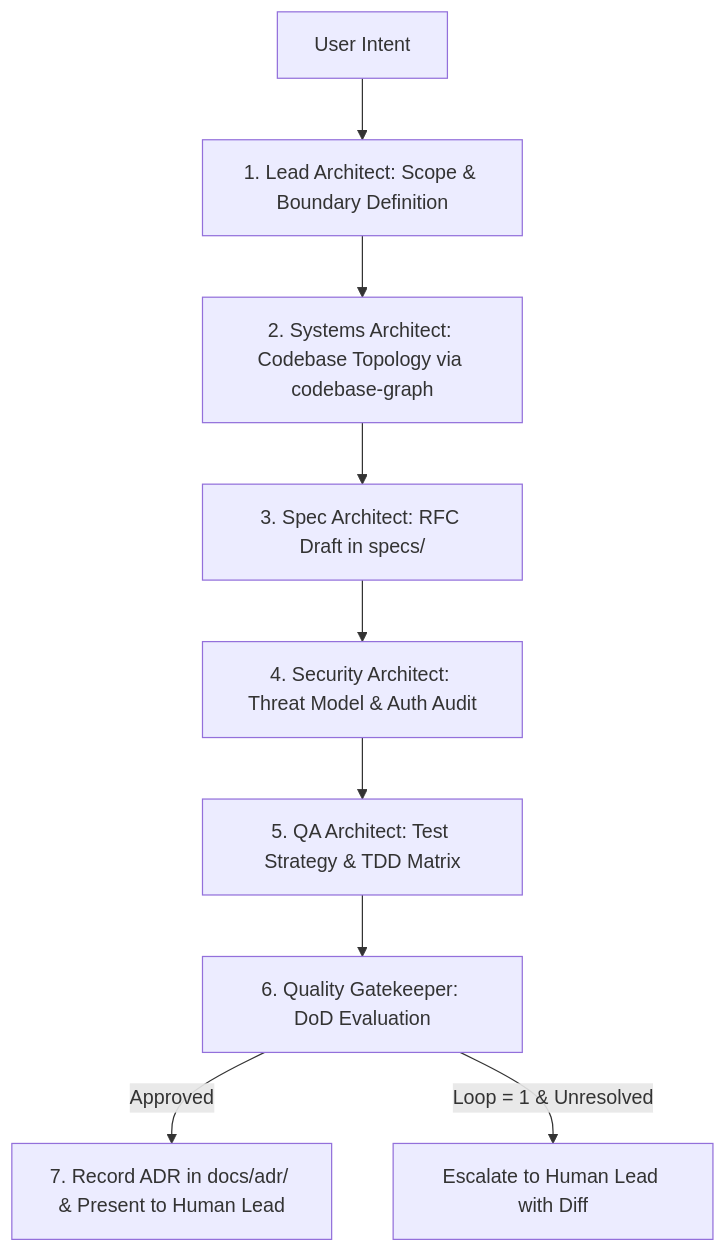
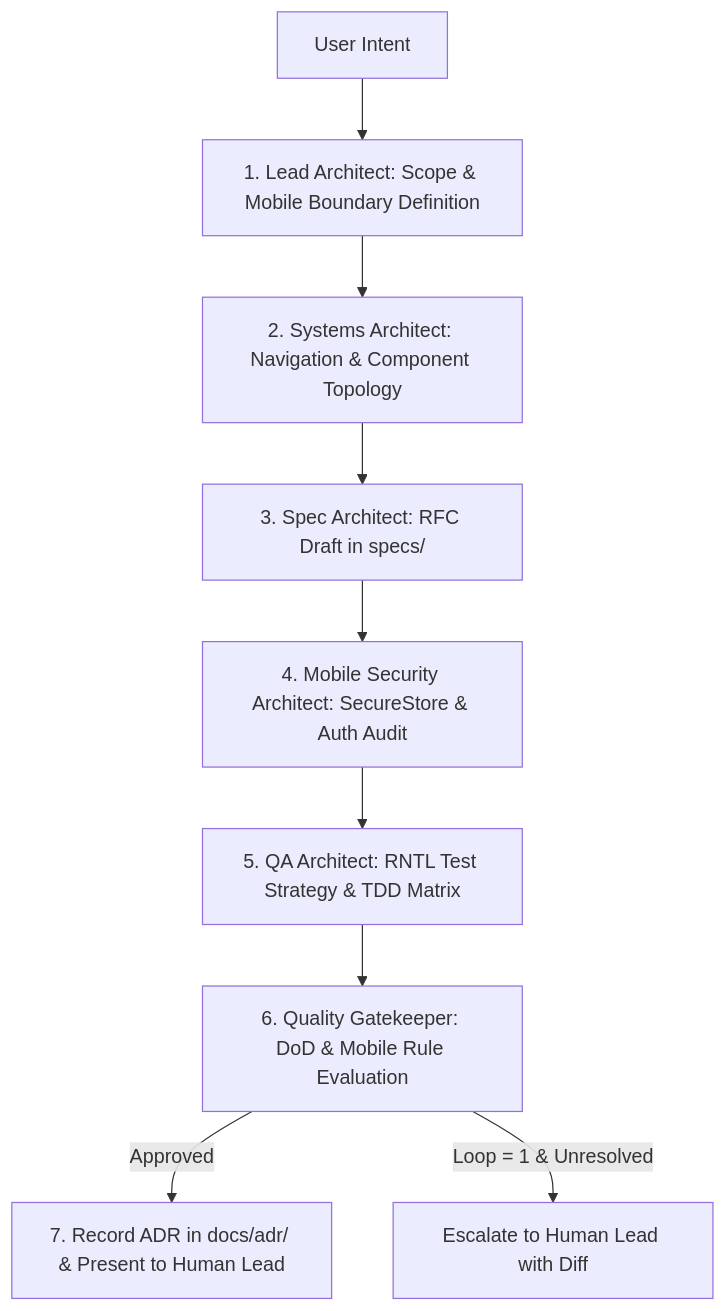
The diagram in .agents/skills/architecture-team/SKILL.md (malejandro80/hubik-mobile), drawn with Mermaid before and after one commit. The commit also changed other lines of this file and 29 other files, not shown here.

````diff
--- a/.agents/skills/architecture-team/SKILL.md
+++ b/.agents/skills/architecture-team/SKILL.md
@@ -27,11 +27,11 @@
 ```mermaid
 flowchart TD
-    Start[User Intent] --> Lead[1. Lead Architect: Scope & Boundary Definition]
-    Lead --> Topo[2. Systems Architect: Codebase Topology via codebase-graph]
+    Start[User Intent] --> Lead[1. Lead Architect: Scope & Mobile Boundary Definition]
+    Lead --> Topo[2. Systems Architect: Navigation & Component Topology]
     Topo --> Spec[3. Spec Architect: RFC Draft in specs/]
-    Spec --> Sec[4. Security Architect: Threat Model & Auth Audit]
-    Sec --> QA[5. QA Architect: Test Strategy & TDD Matrix]
-    QA --> Gate[6. Quality Gatekeeper: DoD Evaluation]
+    Spec --> Sec[4. Mobile Security Architect: SecureStore & Auth Audit]
+    Sec --> QA[5. QA Architect: RNTL Test Strategy & TDD Matrix]
+    QA --> Gate[6. Quality Gatekeeper: DoD & Mobile Rule Evaluation]
     Gate -->|Approved| ADR[7. Record ADR in docs/adr/ & Present to Human Lead]
     Gate -->|Loop = 1 & Unresolved| Escalate[Escalate to Human Lead with Diff]
 ```
````
